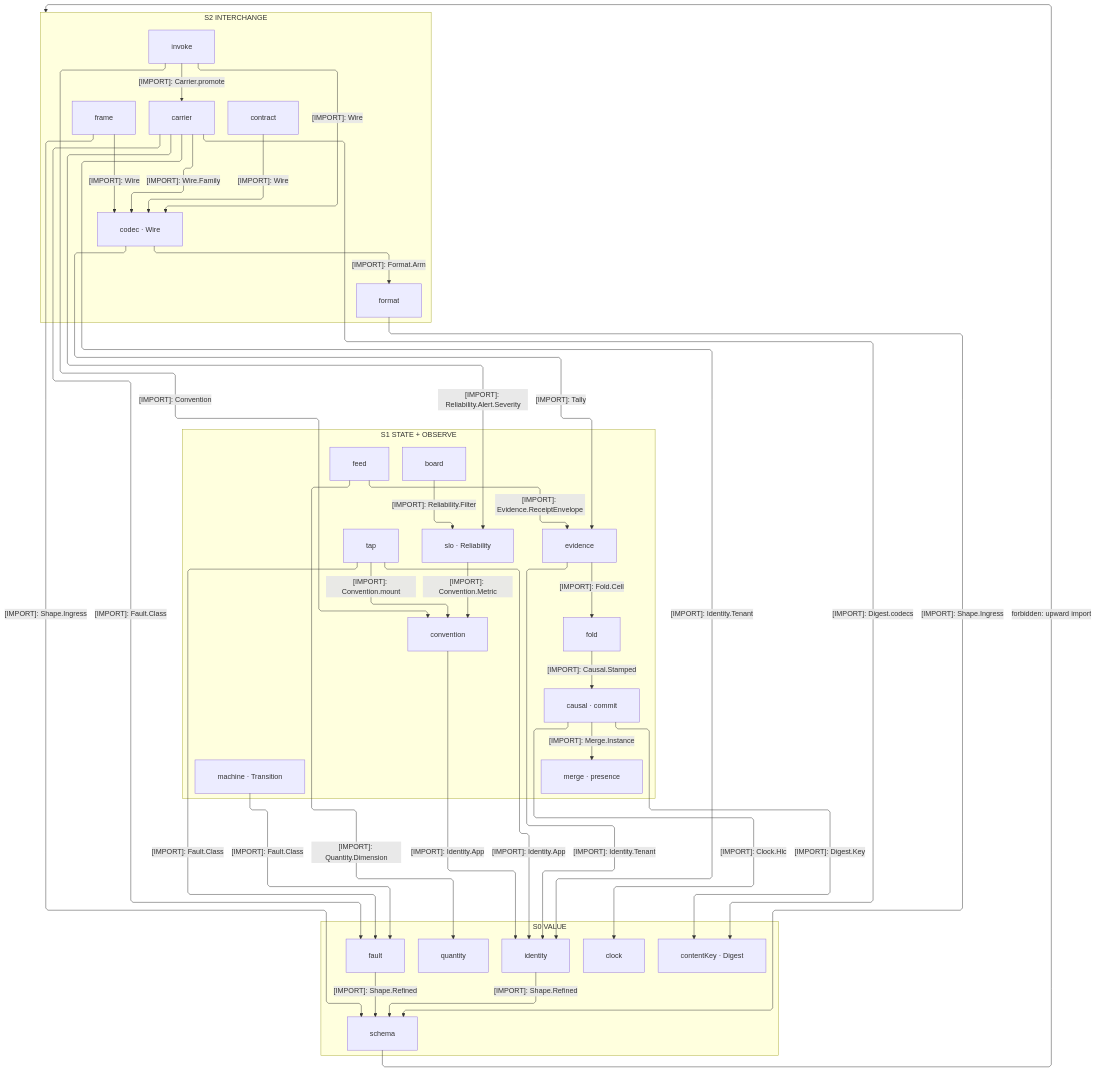
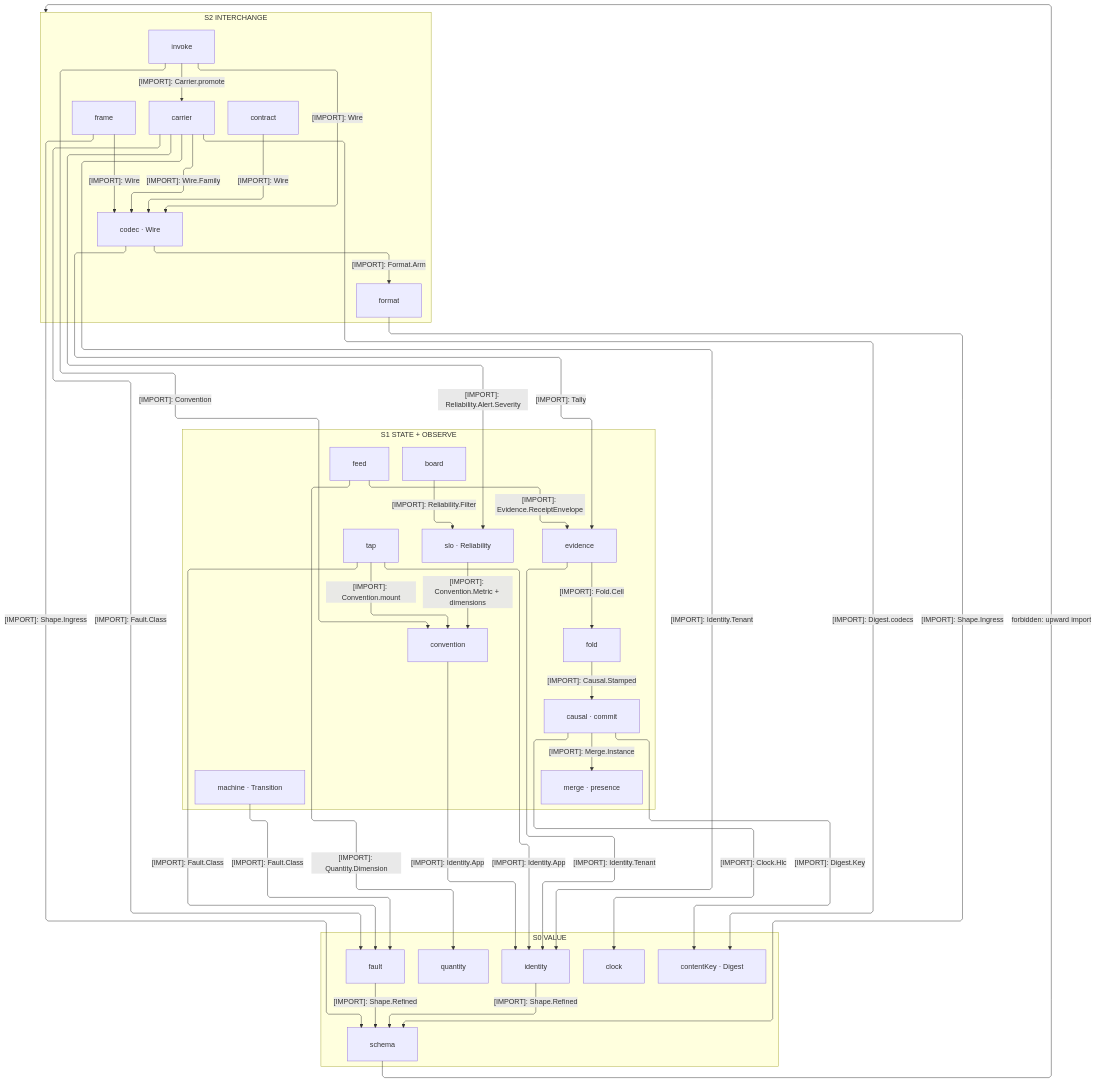
Before and after one commit to bsamiee/Rasm: the first of 4 diagrams in libs/typescript/core/ARCHITECTURE.md, drawn with Mermaid. The commit also changed other lines of this file and 272 other files, not shown here.

````diff
--- a/libs/typescript/core/ARCHITECTURE.md
+++ b/libs/typescript/core/ARCHITECTURE.md
@@ -52,72 +52,72 @@
 ```mermaid
 ---
 config:
   layout: elk
   flowchart:
     curve: linear
     padding: 25
 ---
 flowchart TB
     accTitle: Core interior import strata
     accDescr: How the interior sub-domains rank onto the value floor, every import downward.
     subgraph S2["S2 INTERCHANGE"]
         Invoke[invoke]
         CarrierP[carrier]
         Contract[contract]
         Codec[codec · Wire]
         Format[format]
         Frame[frame]
     end
     subgraph S1["S1 STATE + OBSERVE"]
         Tap[tap]
         Board[board]
         Reliability[slo · Reliability]
         Convention[convention]
         Feed[feed]
         Evidence[evidence]
         Transition[machine · Transition]
         Fold[fold]
         Causal["causal · commit"]
         Merge["merge · presence"]
     end
     subgraph S0["S0 VALUE"]
         Identity[identity]
         Quantity[quantity]
         Clock[clock]
         Digest[contentKey · Digest]
         Schema[schema]
         Fault[fault]
     end
     Codec e1@-->|"[IMPORT]: Format.Arm"| Format
     Codec e2@-->|"[IMPORT]: Tally"| Evidence
     Frame e3@-->|"[IMPORT]: Wire"| Codec
     Frame e4@-->|"[IMPORT]: Shape.Ingress"| Schema
     Contract e5@-->|"[IMPORT]: Wire"| Codec
     Invoke e6@-->|"[IMPORT]: Wire"| Codec
     Invoke e7@-->|"[IMPORT]: Carrier.promote"| CarrierP
     Invoke e8@-->|"[IMPORT]: Convention"| Convention
     CarrierP e9@-->|"[IMPORT]: Wire.Family"| Codec
     CarrierP e10@-->|"[IMPORT]: Identity.Tenant"| Identity
     CarrierP e11@-->|"[IMPORT]: Digest.codecs"| Digest
     CarrierP e12@-->|"[IMPORT]: Fault.Class"| Fault
     CarrierP e13@-->|"[IMPORT]: Reliability.Alert.Severity"| Reliability
     Format e14@-->|"[IMPORT]: Shape.Ingress"| Schema
     Causal e15@-->|"[IMPORT]: Clock.Hlc"| Clock
     Causal e16@-->|"[IMPORT]: Merge.Instance"| Merge
     Causal e17@-->|"[IMPORT]: Digest.Key"| Digest
     Fold e18@-->|"[IMPORT]: Causal.Stamped"| Causal
     Evidence e19@-->|"[IMPORT]: Fold.Cell"| Fold
     Evidence e20@-->|"[IMPORT]: Identity.Tenant"| Identity
     Feed e21@-->|"[IMPORT]: Evidence.ReceiptEnvelope"| Evidence
     Feed e22@-->|"[IMPORT]: Quantity.Dimension"| Quantity
     Transition e23@-->|"[IMPORT]: Fault.Class"| Fault
-    Reliability e24@-->|"[IMPORT]: Convention.Metric"| Convention
+    Reliability e24@-->|"[IMPORT]: Convention.Metric + dimensions"| Convention
     Tap e25@-->|"[IMPORT]: Convention.mount"| Convention
     Tap e26@-->|"[IMPORT]: Fault.Class"| Fault
     Tap e27@-->|"[IMPORT]: Identity.App"| Identity
     Board e28@-->|"[IMPORT]: Reliability.Filter"| Reliability
     Convention e29@-->|"[IMPORT]: Identity.App"| Identity
     Identity e30@-->|"[IMPORT]: Shape.Refined"| Schema
     Fault e31@-->|"[IMPORT]: Shape.Refined"| Schema
     Schema f1@-->|"forbidden: upward import"| S2
 ```
````
